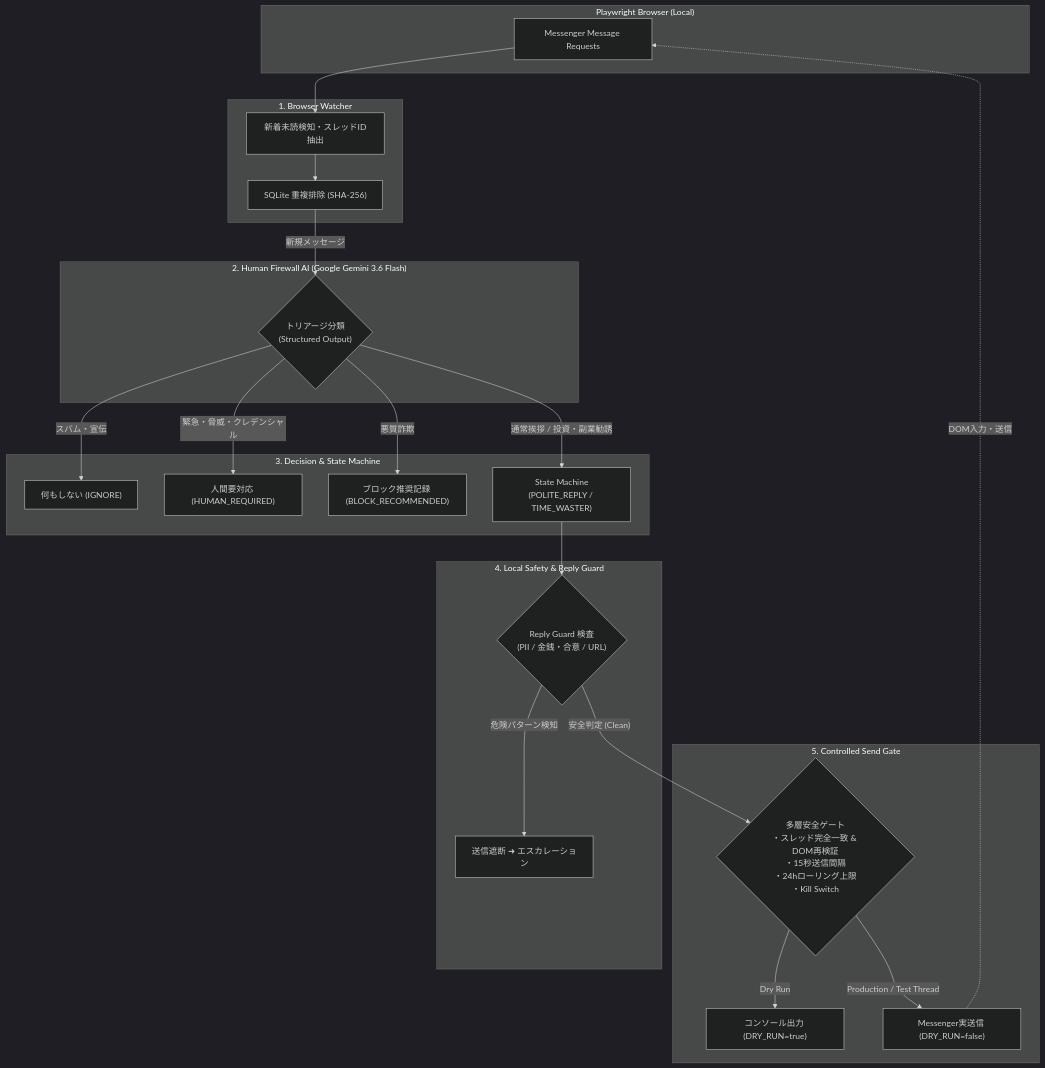
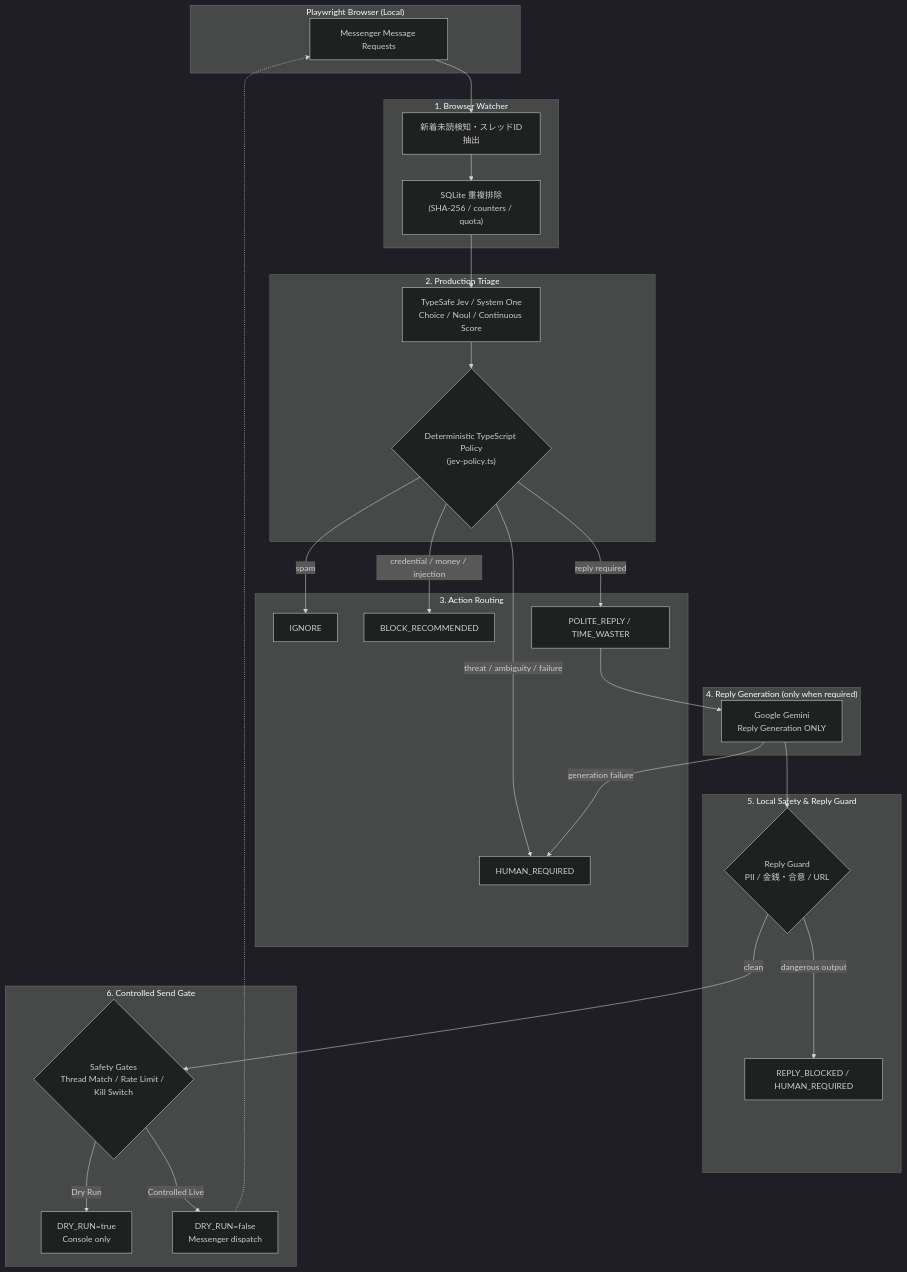
Before and after one commit to moruku36/messenger-human-firewall: the diagram in README.md, drawn with Mermaid (dark theme). The commit also changed other lines of this file, not shown here.

Commit message:
docs: refresh README for Jev production triage architecture

````diff
--- a/README.md
+++ b/README.md
@@ -35,50 +45,59 @@
 ```mermaid
 flowchart TD
     subgraph Browser["Playwright Browser (Local)"]
         MR["Messenger Message Requests"]
     end
 
     subgraph Watcher["1. Browser Watcher"]
         Detect["新着未読検知・スレッドID抽出"]
-        Dedup["SQLite 重複排除 (SHA-256)"]
+        Dedup["SQLite 重複排除<br/>(SHA-256 / counters / quota)"]
     end
 
-    subgraph LLM["2. Human Firewall AI (Google Gemini 3.6 Flash)"]
-        Classify{"トリアージ分類<br/>(Structured Output)"}
+    subgraph Triage["2. Production Triage"]
+        Jev["TypeSafe Jev / System One<br/>Choice / Noul / Continuous Score"]
+        Policy{"Deterministic TypeScript Policy<br/>(jev-policy.ts)"}
     end
 
-    subgraph Actions["3. Decision & State Machine"]
-        Ignore["何もしない (IGNORE)"]
-        Escalate["人間要対応 (HUMAN_REQUIRED)"]
-        BlockRec["ブロック推奨記録 (BLOCK_RECOMMENDED)"]
-        StateMachine["State Machine<br/>(POLITE_REPLY / TIME_WASTER)"]
+    subgraph Actions["3. Action Routing"]
+        Ignore["IGNORE"]
+        Escalate["HUMAN_REQUIRED"]
+        BlockRec["BLOCK_RECOMMENDED"]
+        Reply["POLITE_REPLY / TIME_WASTER"]
     end
 
-    subgraph Safety["4. Local Safety & Reply Guard"]
-        Guard{"Reply Guard 検査<br/>(PII / 金銭・合意 / URL)"}
-        Blocked["送信遮断 ➜ エスカレーション"]
+    subgraph Generation["4. Reply Generation (only when required)"]
+        Gemini["Google Gemini<br/>Reply Generation ONLY"]
     end
 
-    subgraph SendGate["5. Controlled Send Gate"]
-        Limits{"多層安全ゲート<br/>・スレッド完全一致 & DOM再検証<br/>・15秒送信間隔<br/>・24hローリング上限<br/>・Kill Switch"}
-        Console["コンソール出力 (DRY_RUN=true)"]
-        Send["Messenger実送信 (DRY_RUN=false)"]
+    subgraph Safety["5. Local Safety & Reply Guard"]
+        Guard{"Reply Guard<br/>PII / 金銭・合意 / URL"}
+        Blocked["REPLY_BLOCKED / HUMAN_REQUIRED"]
+    end
+
+    subgraph SendGate["6. Controlled Send Gate"]
+        Limits{"Safety Gates<br/>Thread Match / Rate Limit / Kill Switch"}
+        Console["DRY_RUN=true<br/>Console only"]
+        Send["DRY_RUN=false<br/>Messenger dispatch"]
     end
 
     MR --> Detect
     Detect --> Dedup
-    Dedup -->|"新規メッセージ"| Classify
+    Dedup --> Jev
+    Jev --> Policy
 
-    Classify -->|"スパム・宣伝"| Ignore
-    Classify -->|"緊急・脅威・クレデンシャル"| Escalate
-    Classify -->|"悪質詐欺"| BlockRec
-    Classify -->|"通常挨拶 / 投資・副業勧誘"| StateMachine
+    Policy -->|spam| Ignore
+    Policy -->|threat / ambiguity / failure| Escalate
+    Policy -->|credential / money / injection| BlockRec
+    Policy -->|reply required| Reply
 
-    StateMachine --> Guard
-    Guard -->|"危険パターン検知"| Blocked
-    Guard -->|"安全判定 (Clean)"| Limits
+    Reply --> Gemini
+    Gemini -->|generation failure| Escalate
+    Gemini --> Guard
 
-    Limits -->|"Dry Run"| Console
-    Limits -->|"Production / Test Thread"| Send
-    Send -.->|"DOM入力・送信"| MR
+    Guard -->|dangerous output| Blocked
+    Guard -->|clean| Limits
+
+    Limits -->|Dry Run| Console
+    Limits -->|Controlled Live| Send
+    Send -.-> MR
 ```
````
